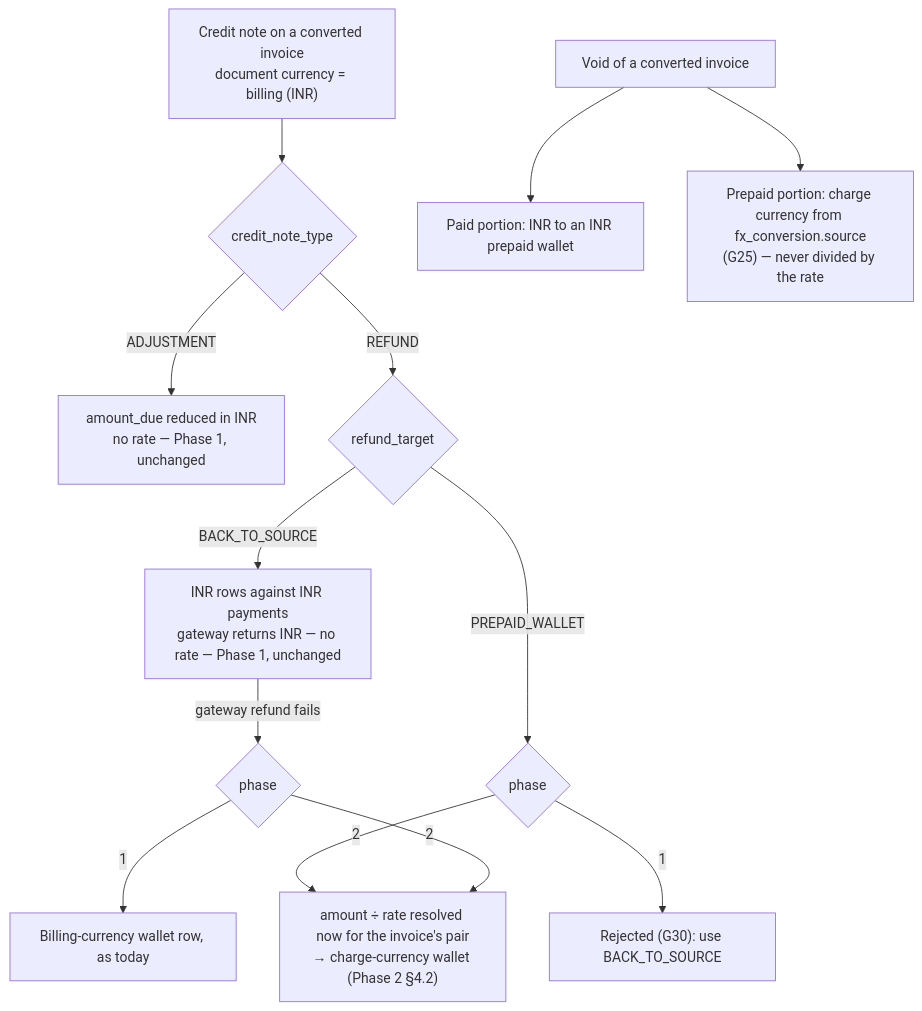
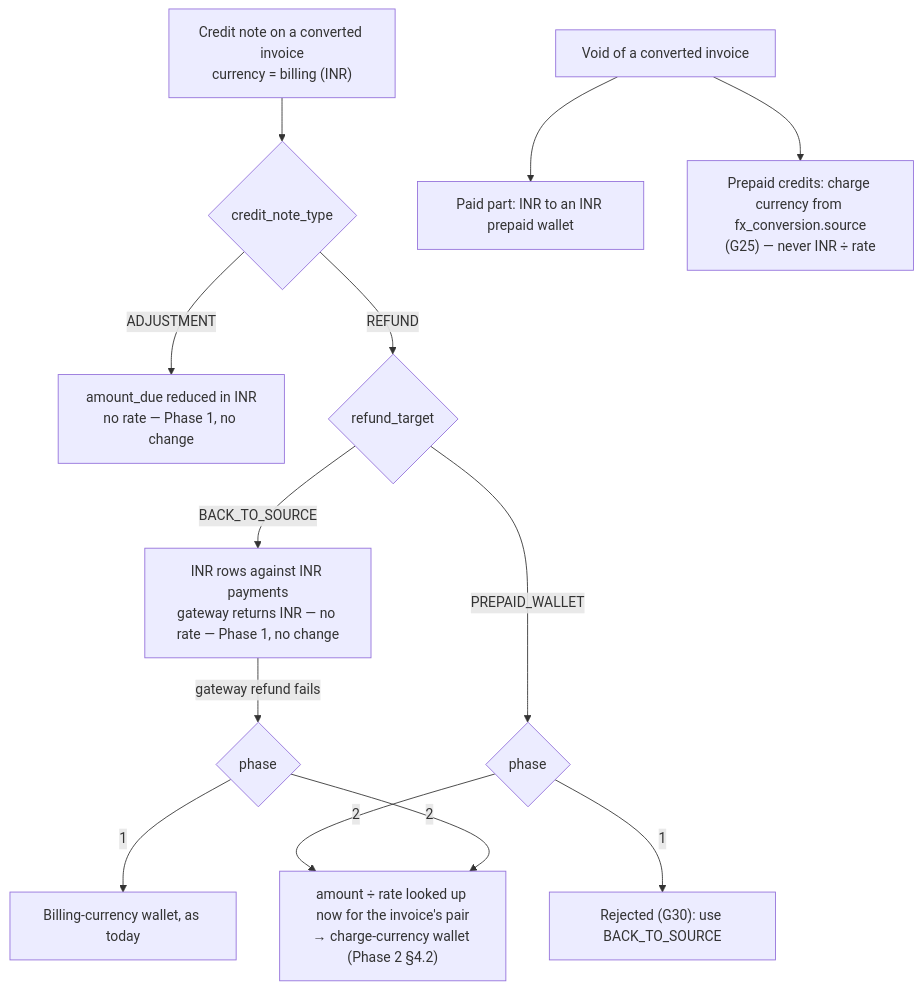
One commit to aghijap/flexprice-FLE-1411 changed the fourth of 7 diagrams in docs/design/2026-09-26-FLE-1383-adaptive-multi-currency-phase1-erd.md. Above: the diagram before and after it, drawn with Mermaid. The commit also changed other lines of this file and 1 other file, not shown here.

````diff
--- a/docs/design/2026-09-26-FLE-1383-adaptive-multi-currency-phase1-erd.md
+++ b/docs/design/2026-09-26-FLE-1383-adaptive-multi-currency-phase1-erd.md
@@ -689,15 +681,15 @@
 ```mermaid
 flowchart TD
-    CN["Credit note on a converted invoice<br/>document currency = billing (INR)"] --> T{"credit_note_type"}
-    T -- ADJUSTMENT --> ADJ["amount_due reduced in INR<br/>no rate — Phase 1, unchanged"]
+    CN["Credit note on a converted invoice<br/>currency = billing (INR)"] --> T{"credit_note_type"}
+    T -- ADJUSTMENT --> ADJ["amount_due reduced in INR<br/>no rate — Phase 1, no change"]
     T -- REFUND --> RT{"refund_target"}
-    RT -- BACK_TO_SOURCE --> GW["INR rows against INR payments<br/>gateway returns INR — no rate — Phase 1, unchanged"]
+    RT -- BACK_TO_SOURCE --> GW["INR rows against INR payments<br/>gateway returns INR — no rate — Phase 1, no change"]
     RT -- PREPAID_WALLET --> PH{"phase"}
     PH -- "1" --> REJ["Rejected (G30): use BACK_TO_SOURCE"]
-    PH -- "2" --> DIV["amount ÷ rate resolved now for the invoice's pair<br/>→ charge-currency wallet (Phase 2 §4.2)"]
+    PH -- "2" --> DIV["amount ÷ rate looked up now for the invoice's pair<br/>→ charge-currency wallet (Phase 2 §4.2)"]
     GW -- "gateway refund fails" --> FB{"phase"}
-    FB -- "1" --> FB1["Billing-currency wallet row, as today"]
+    FB -- "1" --> FB1["Billing-currency wallet, as today"]
     FB -- "2" --> DIV
-    VOID["Void of a converted invoice"] --> V1["Paid portion: INR to an INR prepaid wallet"]
-    VOID --> V2["Prepaid portion: charge currency from fx_conversion.source<br/>(G25) — never divided by the rate"]
+    VOID["Void of a converted invoice"] --> V1["Paid part: INR to an INR prepaid wallet"]
+    VOID --> V2["Prepaid credits: charge currency from fx_conversion.source<br/>(G25) — never INR ÷ rate"]
 ```
````
